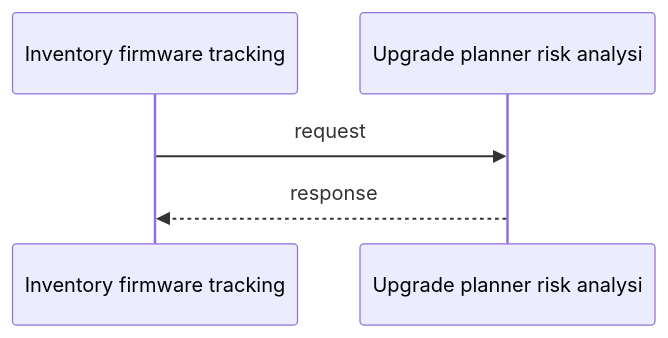
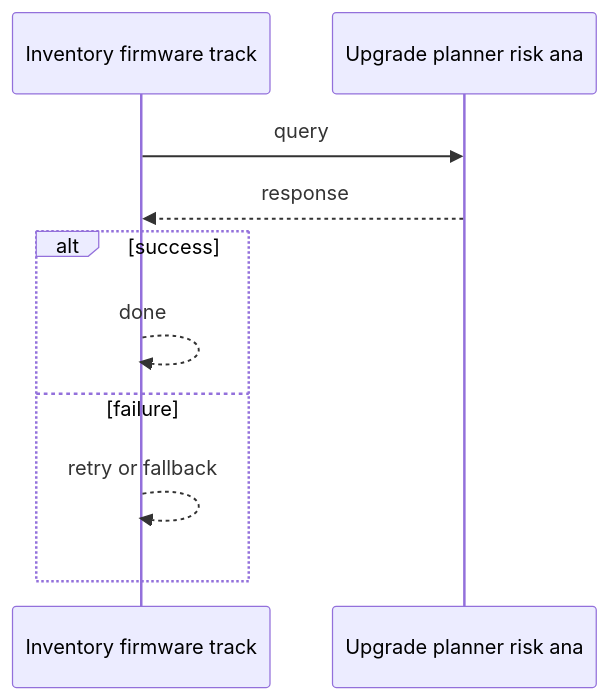
Before and after one commit to RIT-MESH/system-design-mastery: the second of 3 diagrams in case-studies/network-ai-systems/device-upgrade-management.md, drawn with Mermaid. The commit also changed other lines of this file and 215 other files, not shown here.

First line of the commit message:
Complete all remaining work: expand case studies, add 13 AI case studies, fix diagrams, status to Complete

````diff
--- a/case-studies/network-ai-systems/device-upgrade-management.md
+++ b/case-studies/network-ai-systems/device-upgrade-management.md
@@ -24,8 +25,13 @@
 ```mermaid
-%% origin: original to system-design-mastery
+%% created-for: system-design-mastery
 sequenceDiagram
-  participant P0 as Inventory firmware tracking
-  participant P1 as Upgrade planner risk analysi
-  P0 ->> P1: request
+  participant P0 as Inventory firmware track
+  participant P1 as Upgrade planner risk ana
+  P0 ->> P1: query
   P1 -->> P0: response
+  alt success
+    P0 -->> P0: done
+  else failure
+    P0 -->> P0: retry or fallback
+  end
 ```
````
